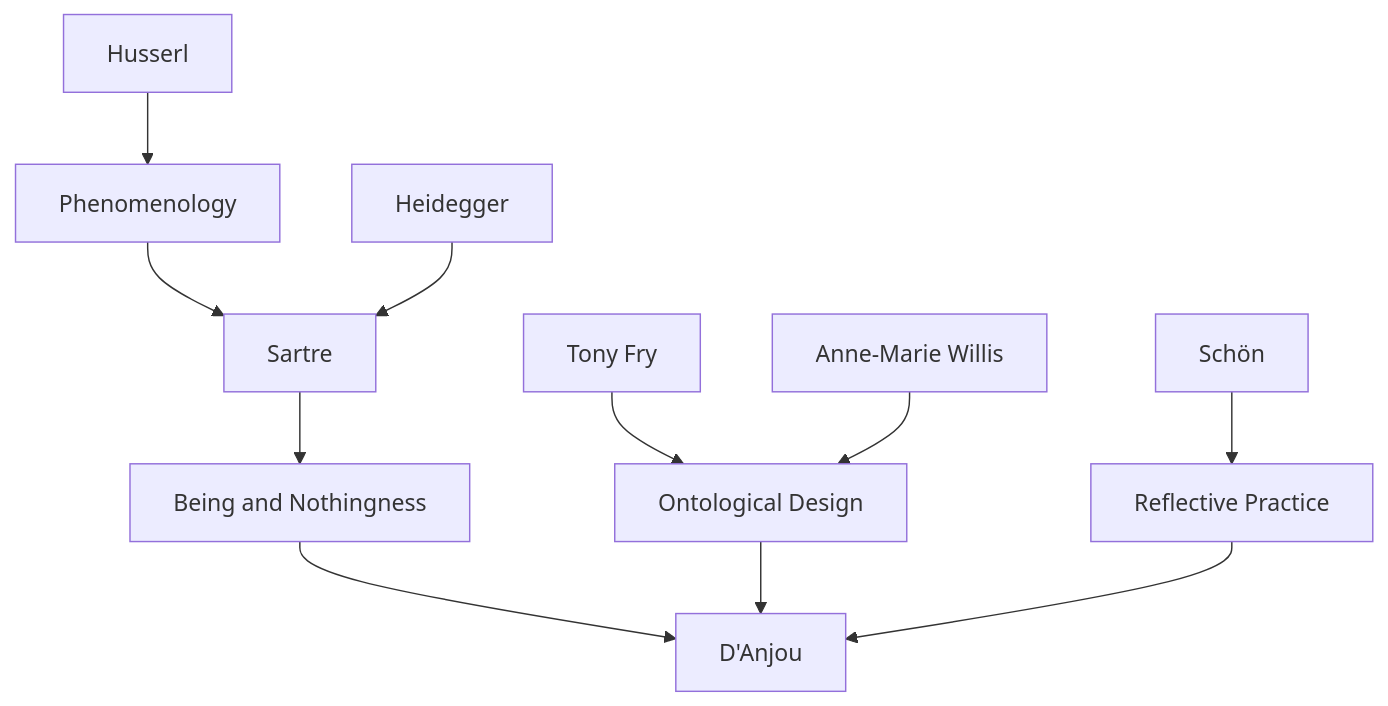
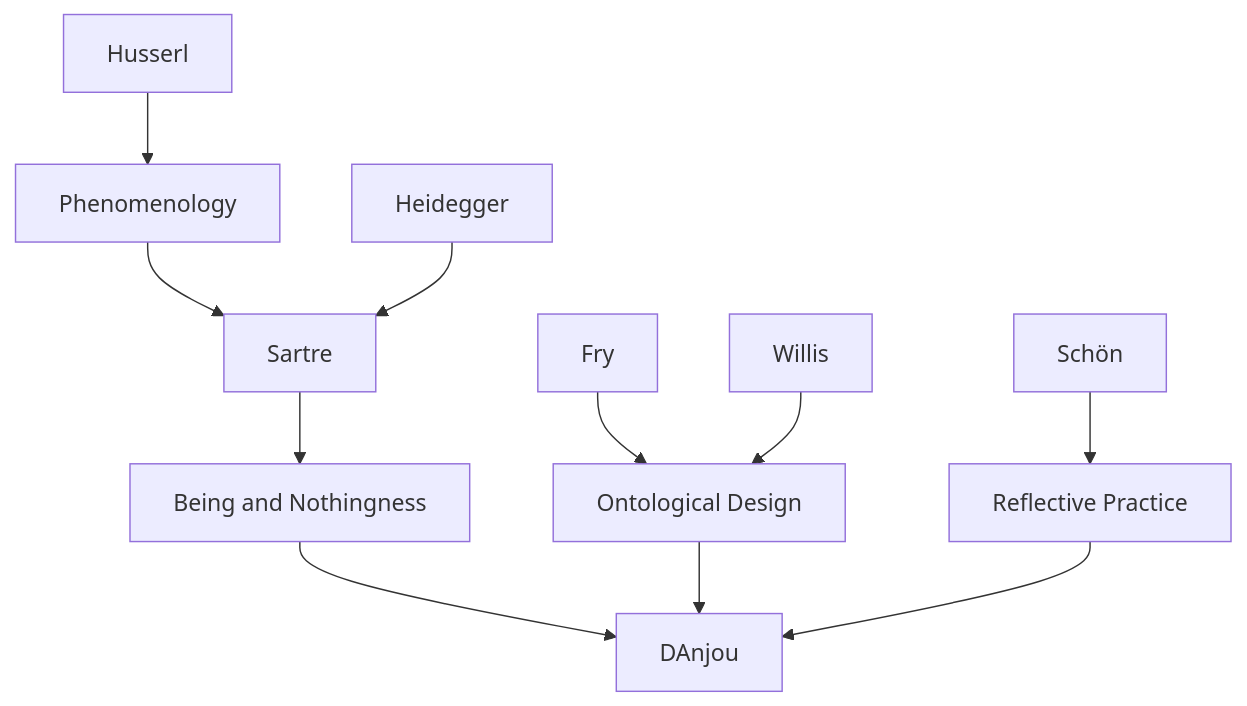
Before and after one commit to graph-ist/zettelkasten: the diagram in content/The Existential Self as Locus of Sustainability in Design.md, drawn with Mermaid. The commit also changed other lines of this file and 138 other files, not shown here.

````diff
--- a/content/The Existential Self as Locus of Sustainability in Design.md
+++ b/content/The Existential Self as Locus of Sustainability in Design.md
@@ -53,15 +53,15 @@
 ```mermaid
 flowchart TD
-    Husserl[Husserl] --> Phenomenology[Phenomenology]
-    Phenomenology --> Sartre[Sartre]
-    Heidegger[Heidegger] --> Sartre
+    Husserl --> Phenomenology[Phenomenology]
+    Phenomenology --> Sartre
+    Heidegger --> Sartre
     Sartre --> BeingNothingness[Being and Nothingness]
-    BeingNothingness --> DAnjou[D'Anjou]
-    Fry[Tony Fry] --> OntologicalDesign[Ontological Design]
-    Willis[Anne-Marie Willis] --> OntologicalDesign
+    BeingNothingness --> DAnjou
+    Fry --> OntologicalDesign[Ontological Design]
+    Willis --> OntologicalDesign
     OntologicalDesign --> DAnjou
     Schon[Schön] --> ReflectivePractice[Reflective Practice]
     ReflectivePractice --> DAnjou
 
     class Husserl,Phenomenology,Sartre,Heidegger,BeingNothingness,DAnjou,Fry,Willis,OntologicalDesign,Schon,ReflectivePractice internal-link;
 ```
````
